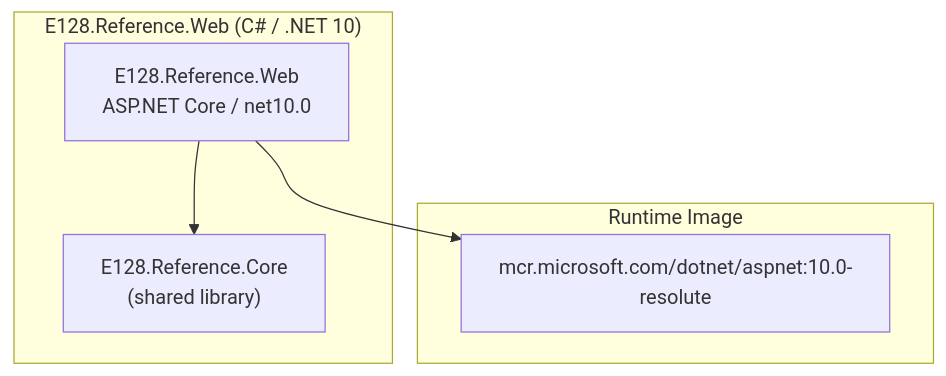
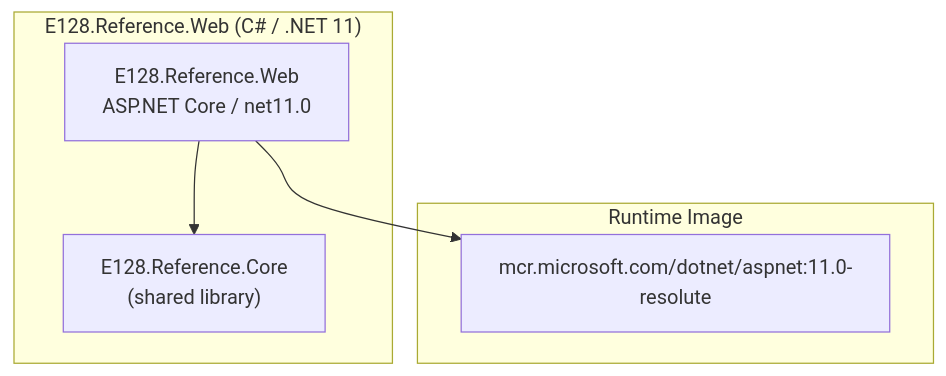
One commit to e128/dotnet-reference changed the diagram in lode/dotnet-reference/dep-map.md. Above: the diagram before and after it, drawn with Mermaid. The commit also changed other lines of this file and 57 other files, not shown here.

````diff
--- a/lode/dotnet-reference/dep-map.md
+++ b/lode/dotnet-reference/dep-map.md
@@ -93,14 +97,14 @@
 ```mermaid
 graph TB
-  subgraph repobox["E128.Reference.Web (C# / .NET 10)"]
-    web["E128.Reference.Web\nASP.NET Core / net10.0"]
+  subgraph repobox["E128.Reference.Web (C# / .NET 11)"]
+    web["E128.Reference.Web\nASP.NET Core / net11.0"]
     core["E128.Reference.Core\n(shared library)"]
   end
 
   subgraph runtime["Runtime Image"]
-    img["mcr.microsoft.com/dotnet/aspnet:10.0-resolute"]
+    img["mcr.microsoft.com/dotnet/aspnet:11.0-resolute"]
   end
 
   web --> core
   web --> img
 ```
````
